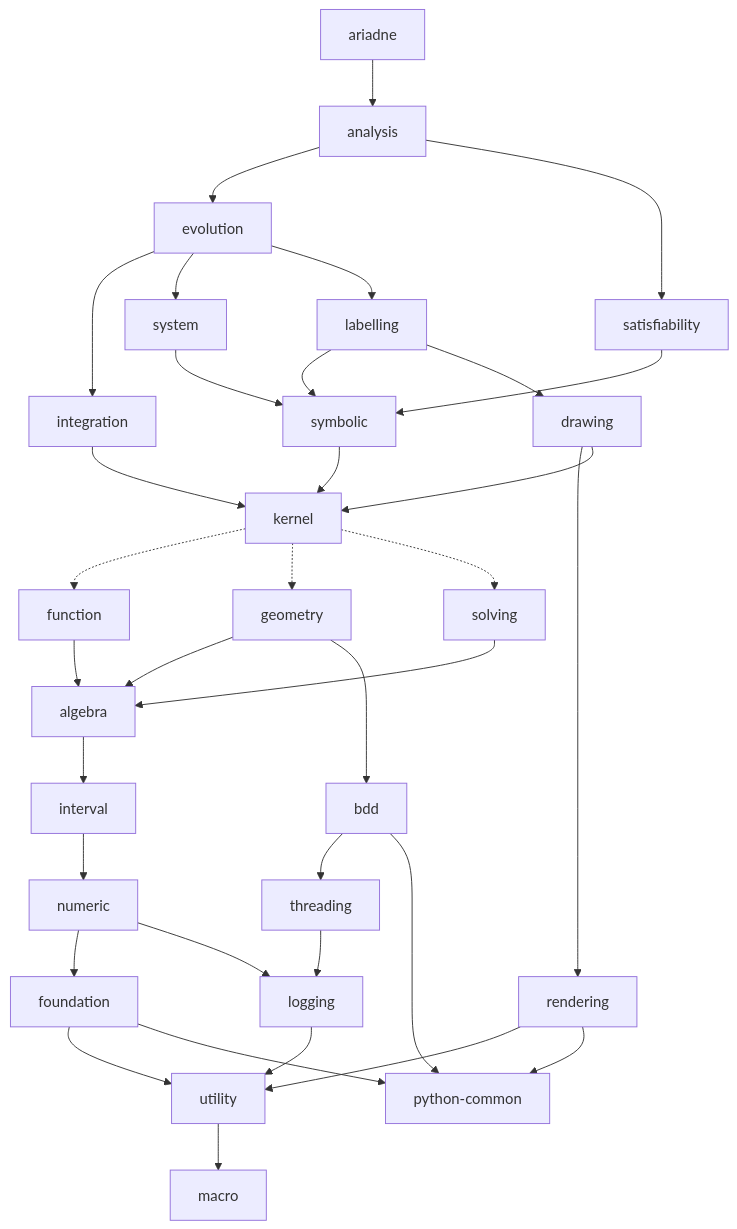
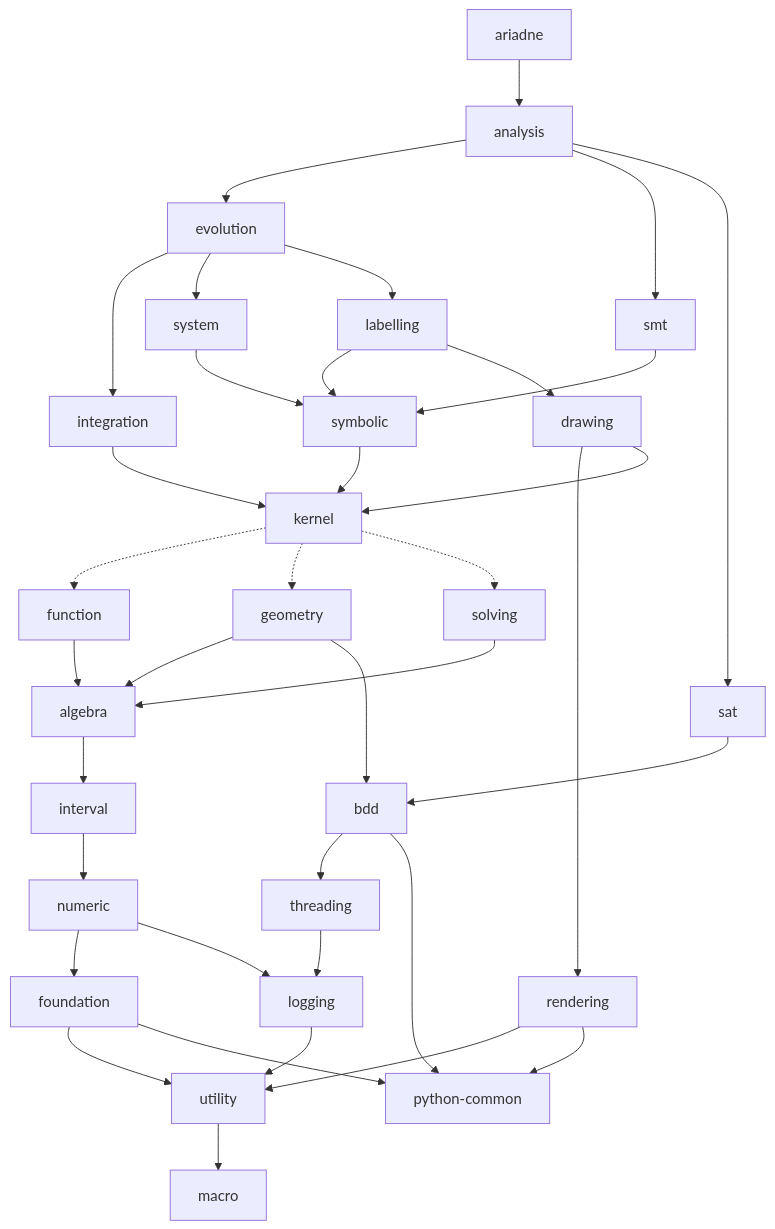
One commit to ariadne-cps/ariadne changed the diagram in doc/decoupling/structure.md. Above: the diagram before and after it, drawn with Mermaid. The commit also changed other lines of this file, not shown here.

Commit message:
docs(decoupling): rename satisfiability to smt and add sat dependencies

````diff
--- a/doc/decoupling/structure.md
+++ b/doc/decoupling/structure.md
@@ -38,51 +39,54 @@
 ```mermaid
 graph TD
     ariadne --> analysis
 
     analysis --> evolution
-    analysis --> satisfiability
+    analysis --> smt
+    analysis --> sat
 
     evolution --> integration
     evolution --> system
     evolution --> labelling
 
     integration --> kernel
 
     system --> symbolic
 
-    satisfiability --> symbolic
+    smt --> symbolic
+
+    sat --> bdd
 
     labelling --> symbolic
     labelling --> drawing
 
     drawing --> rendering
     drawing --> kernel
 
     symbolic --> kernel
 
     function --> algebra
     geometry --> algebra
     solving --> algebra
     geometry --> bdd
     rendering --> utility
     rendering --> python_common
 
     kernel -.-> function
     kernel -.-> geometry
     kernel -.-> solving
 
     bdd --> threading
     bdd --> python_common["python-common"]
 
     threading --> logging
     logging --> utility
     utility --> macro
 
     algebra --> interval
     interval --> numeric
     numeric --> foundation
     numeric --> logging
 
     foundation --> utility
     foundation --> python_common
 ```
````
